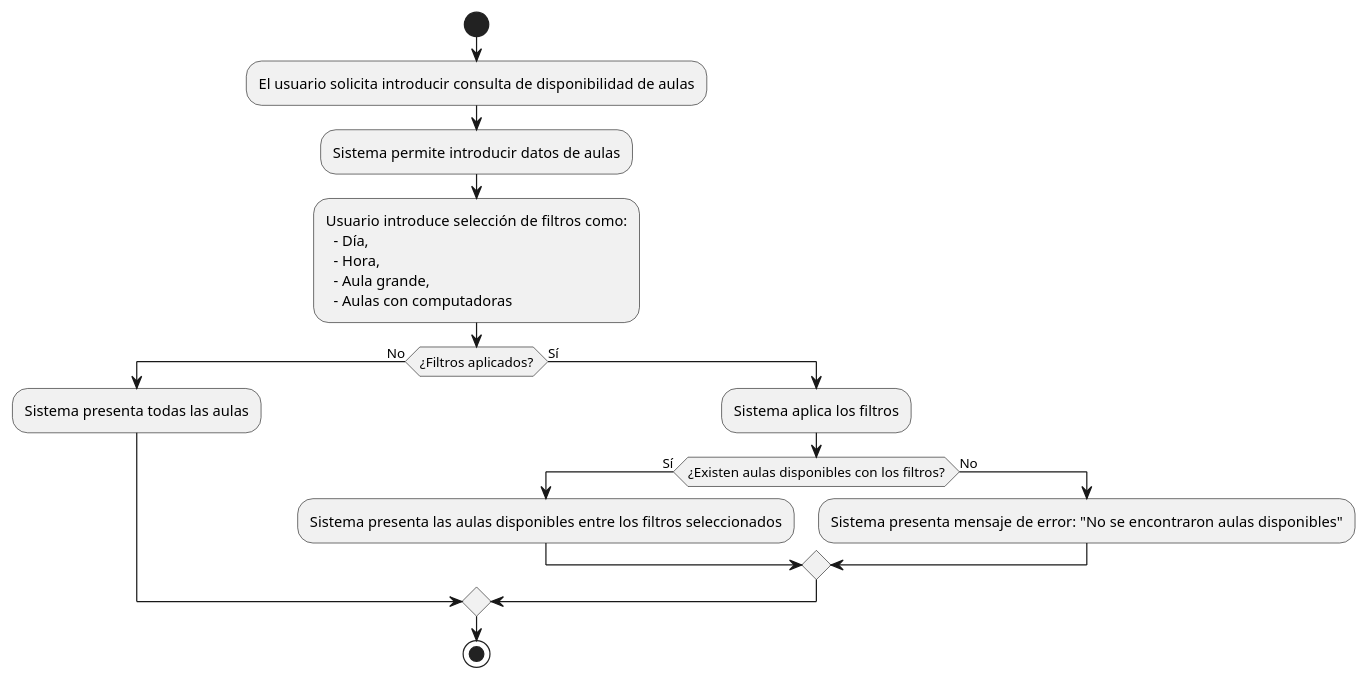
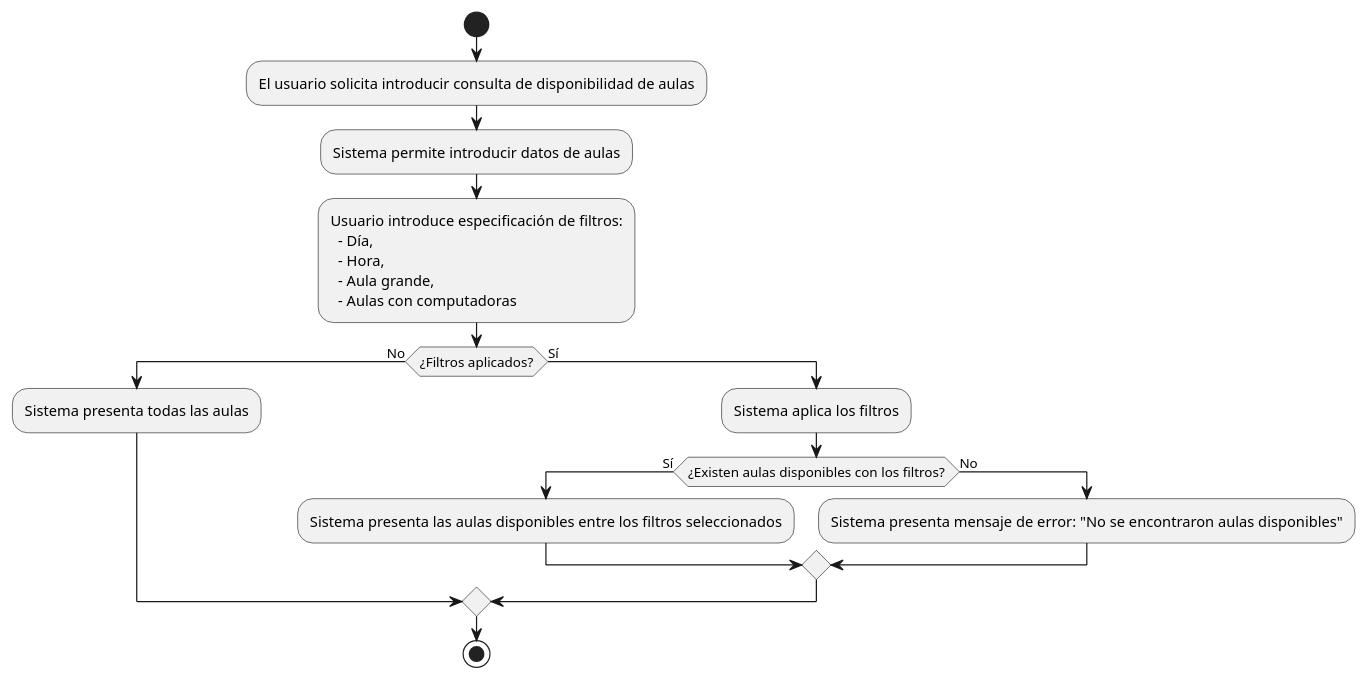
One commit to mmasias/24-25-IdSw1-SDR changed the diagram in casosDeUso/plantUML/VerDisponibilidadDeAulas.puml. Above: the diagram before and after it, drawn with PlantUML.

```diff
--- a/casosDeUso/plantUML/VerDisponibilidadDeAulas.puml
+++ b/casosDeUso/plantUML/VerDisponibilidadDeAulas.puml
@@ -1,21 +1,21 @@
 @startuml
 start
 :El usuario solicita introducir consulta de disponibilidad de aulas;
 :Sistema permite introducir datos de aulas;
-:Usuario introduce selección de filtros como:
+:Usuario introduce especificación de filtros:
   - Día,
   - Hora,
   - Aula grande,
   - Aulas con computadoras;
 if (¿Filtros aplicados?) then (No)
   :Sistema presenta todas las aulas;
 else (Sí)
   :Sistema aplica los filtros;
   if (¿Existen aulas disponibles con los filtros?) then (Sí)
     :Sistema presenta las aulas disponibles entre los filtros seleccionados;
   else (No)
     :Sistema presenta mensaje de error: "No se encontraron aulas disponibles";
   endif
 endif
 stop
 @enduml
```
